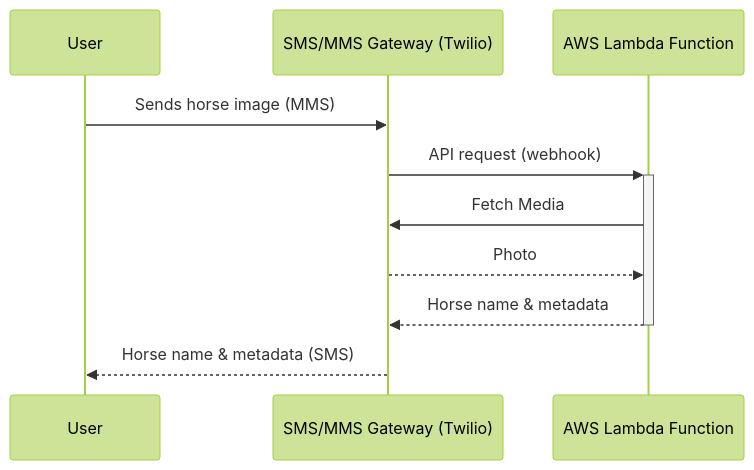
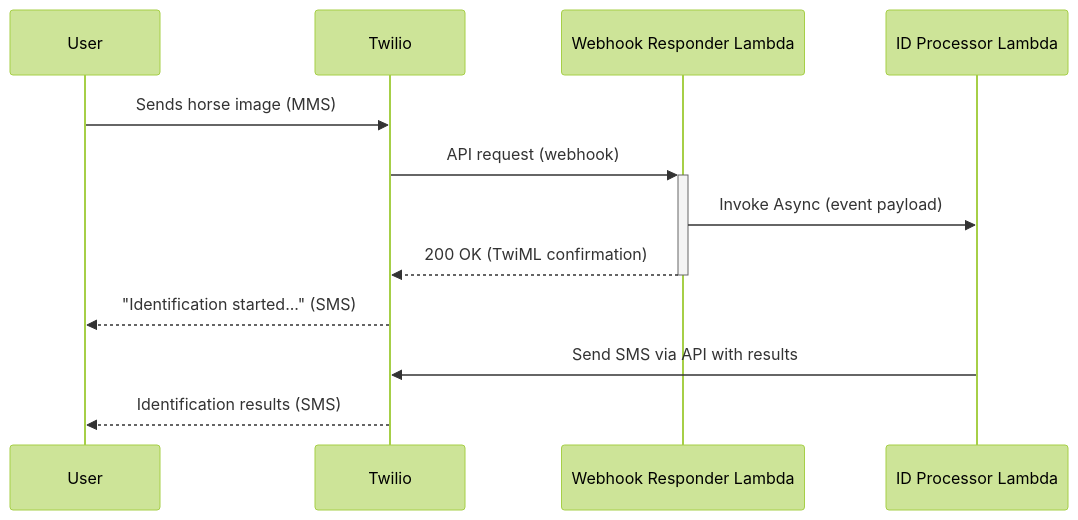
The first of 2 diagrams in README.md (dlleigh/horse-id), drawn with Mermaid (forest theme) before and after one commit. The commit also changed other lines of this file and 3 other files, not shown here.

Commit message:
asynchronous flow

````diff
--- a/README.md
+++ b/README.md
@@ -173,13 +183,15 @@
 ```mermaid
 sequenceDiagram
     participant User
-    participant Gateway as SMS/MMS Gateway (Twilio)
-    participant Backend as AWS Lambda Function
+    participant Twilio
+    participant Responder as Webhook Responder Lambda
+    participant Processor as ID Processor Lambda
 
-    User->>Gateway: Sends horse image (MMS)
-    Gateway->>+Backend: API request (webhook)
-    Backend->>Gateway: Fetch Media
-    Gateway-->>Backend: Photo
-    Backend-->>-Gateway: Horse name & metadata
-    Gateway-->>User: Horse name & metadata (SMS)
+    User->>Twilio: Sends horse image (MMS)
+    Twilio->>+Responder: API request (webhook)
+    Responder->>Processor: Invoke Async (event payload)
+    Responder-->>-Twilio: 200 OK (TwiML confirmation)
+    Twilio-->>User: "Identification started..." (SMS)
+    Processor->>Twilio: Send SMS via API with results
+    Twilio-->>User: Identification results (SMS)
 ```
````
